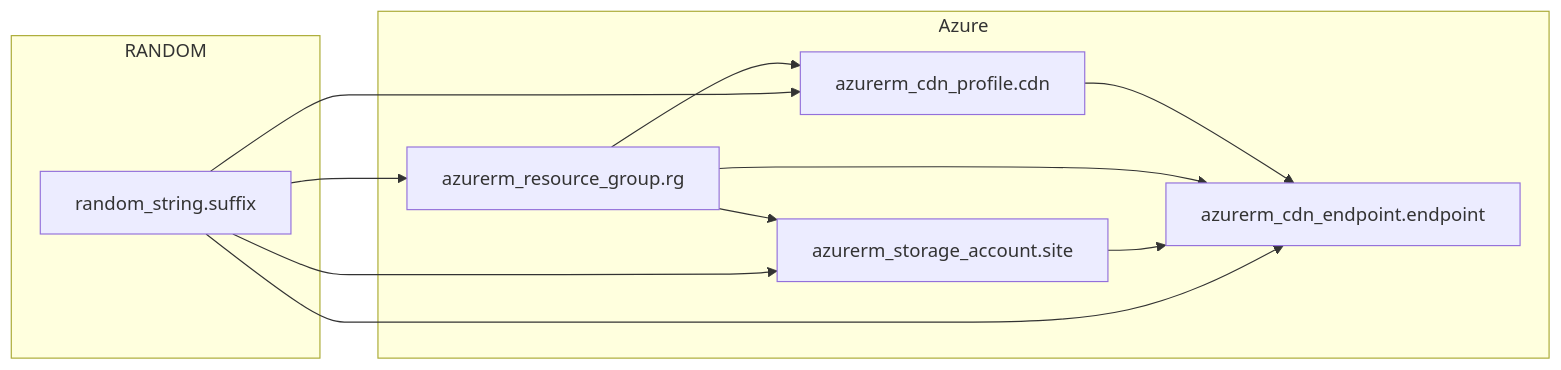
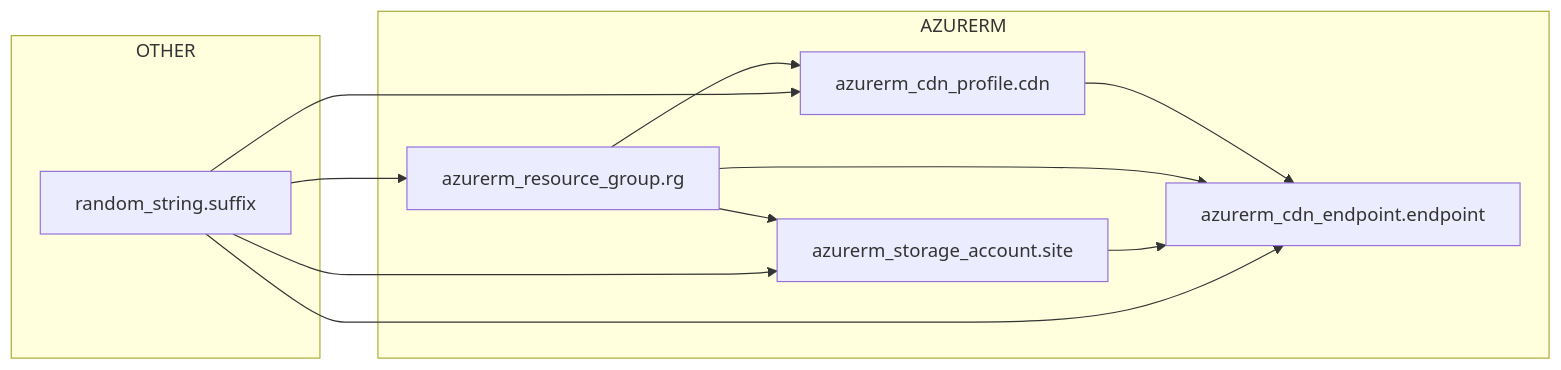
Before and after one commit to suryakumaran2611/auto-arch-diagram: the diagram in examples/serverless-website/azure/terraform/architecture-diagram.md, drawn with Mermaid. The commit also changed 2188 other files, not shown here.

````diff
--- a/examples/serverless-website/azure/terraform/architecture-diagram.md
+++ b/examples/serverless-website/azure/terraform/architecture-diagram.md
@@ -7,21 +7,21 @@
 ```mermaid
 flowchart LR
-subgraph Azure[Azure]
+subgraph AZURERM[AZURERM]
   tf_azurerm_cdn_endpoint_endpoint["azurerm_cdn_endpoint.endpoint"]
   tf_azurerm_cdn_profile_cdn["azurerm_cdn_profile.cdn"]
   tf_azurerm_resource_group_rg["azurerm_resource_group.rg"]
   tf_azurerm_storage_account_site["azurerm_storage_account.site"]
 end
-subgraph RANDOM[RANDOM]
+subgraph OTHER[OTHER]
   tf_random_string_suffix["random_string.suffix"]
 end
 tf_azurerm_cdn_profile_cdn --> tf_azurerm_cdn_endpoint_endpoint
 tf_azurerm_resource_group_rg --> tf_azurerm_cdn_endpoint_endpoint
 tf_azurerm_resource_group_rg --> tf_azurerm_cdn_profile_cdn
 tf_azurerm_resource_group_rg --> tf_azurerm_storage_account_site
 tf_azurerm_storage_account_site --> tf_azurerm_cdn_endpoint_endpoint
 tf_random_string_suffix --> tf_azurerm_cdn_endpoint_endpoint
 tf_random_string_suffix --> tf_azurerm_cdn_profile_cdn
 tf_random_string_suffix --> tf_azurerm_resource_group_rg
 tf_random_string_suffix --> tf_azurerm_storage_account_site
 ```
````
